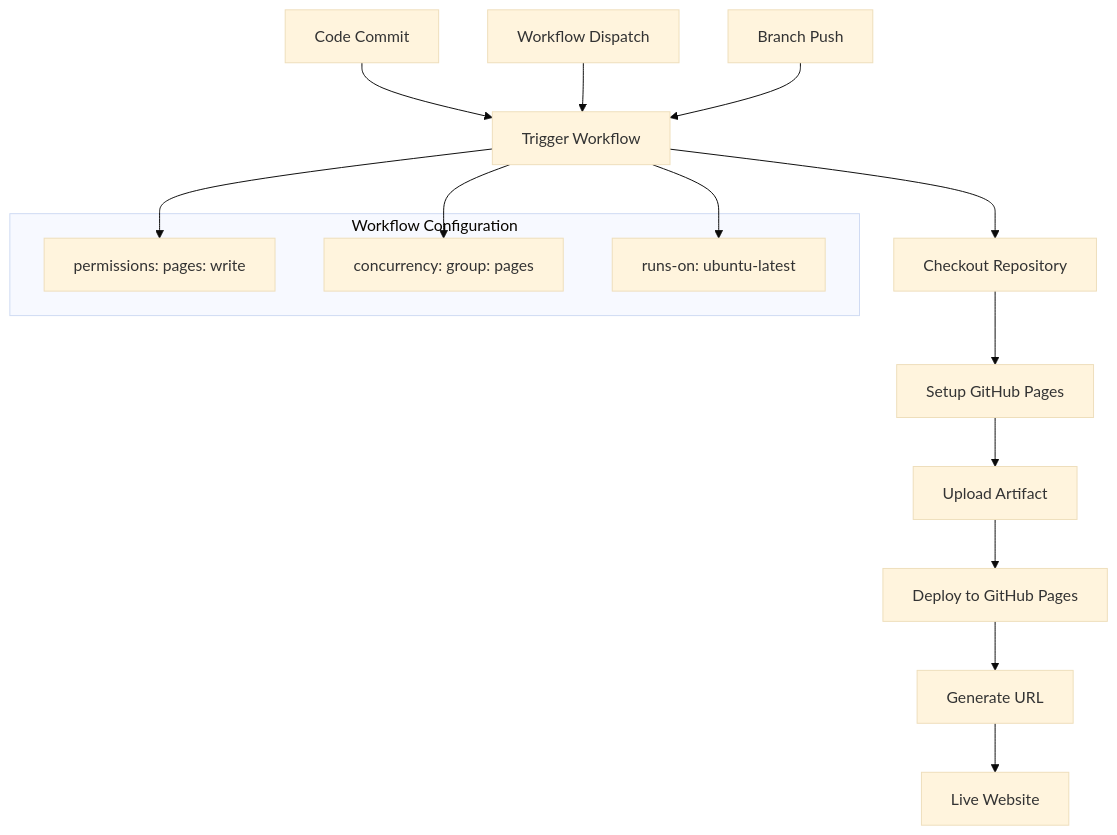
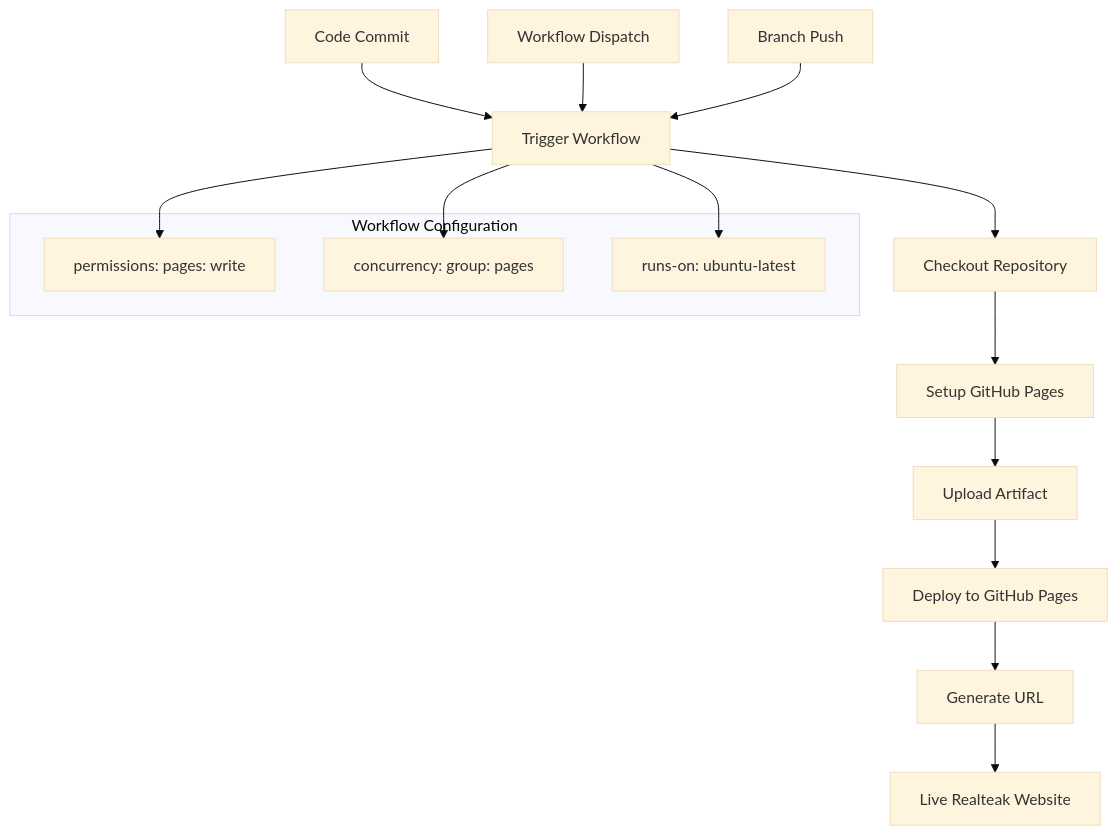
One commit to tashkirrr/housing-price-prediction changed the sixth of 6 diagrams in .qoder/repowiki/en/content/Deployment and Operations/Static Site Deployment.md. Above: the diagram before and after it, drawn with Mermaid (base theme). The commit also changed other lines of this file and 3 other files, not shown here.

First line of the commit message:
docs(deployment): enhance deployment docs with dual architecture and static site details

````diff
--- a/.qoder/repowiki/en/content/Deployment and Operations/Static Site Deployment.md
+++ b/.qoder/repowiki/en/content/Deployment and Operations/Static Site Deployment.md
@@ -252,20 +289,20 @@
 ```mermaid
 flowchart TD
 A[Code Commit] --> B[Trigger Workflow]
 B --> C[Checkout Repository]
 C --> D[Setup GitHub Pages]
 D --> E[Upload Artifact]
 E --> F[Deploy to GitHub Pages]
 F --> G[Generate URL]
-G --> H[Live Website]
+G --> H[Live Realteak Website]
 I[Workflow Dispatch] --> B
 J[Branch Push] --> B
 subgraph "Workflow Configuration"
 K[permissions: pages: write]
 L[concurrency: group: pages]
 M[runs-on: ubuntu-latest]
 end
 B --> K
 B --> L
 B --> M
 ```
````
